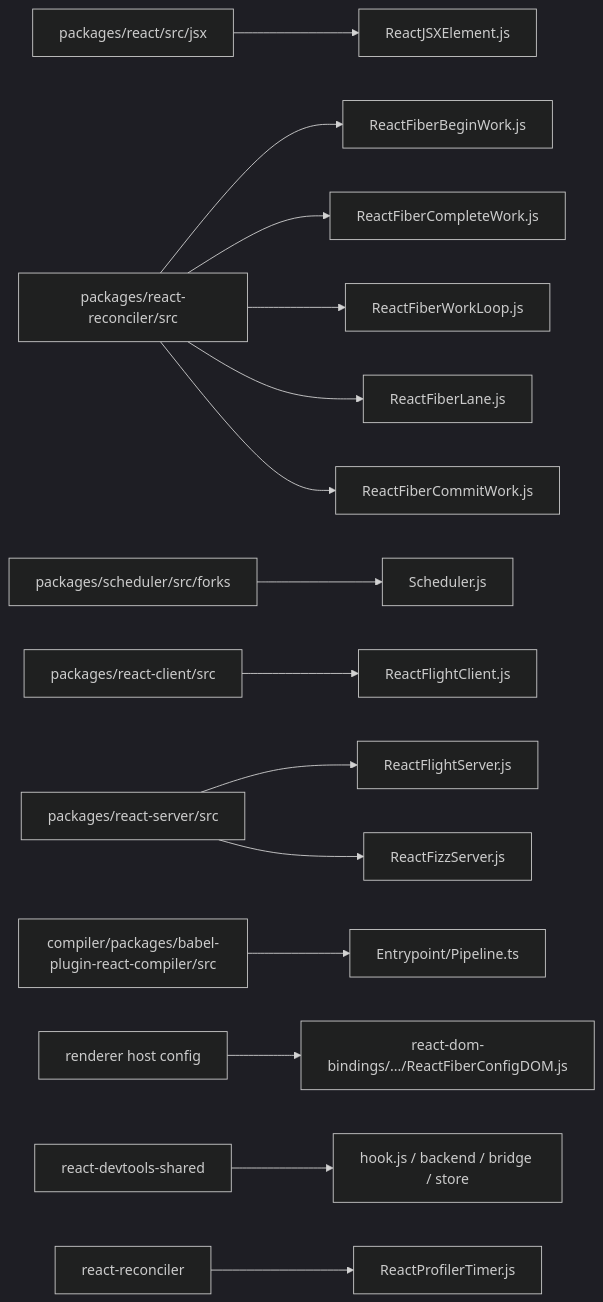
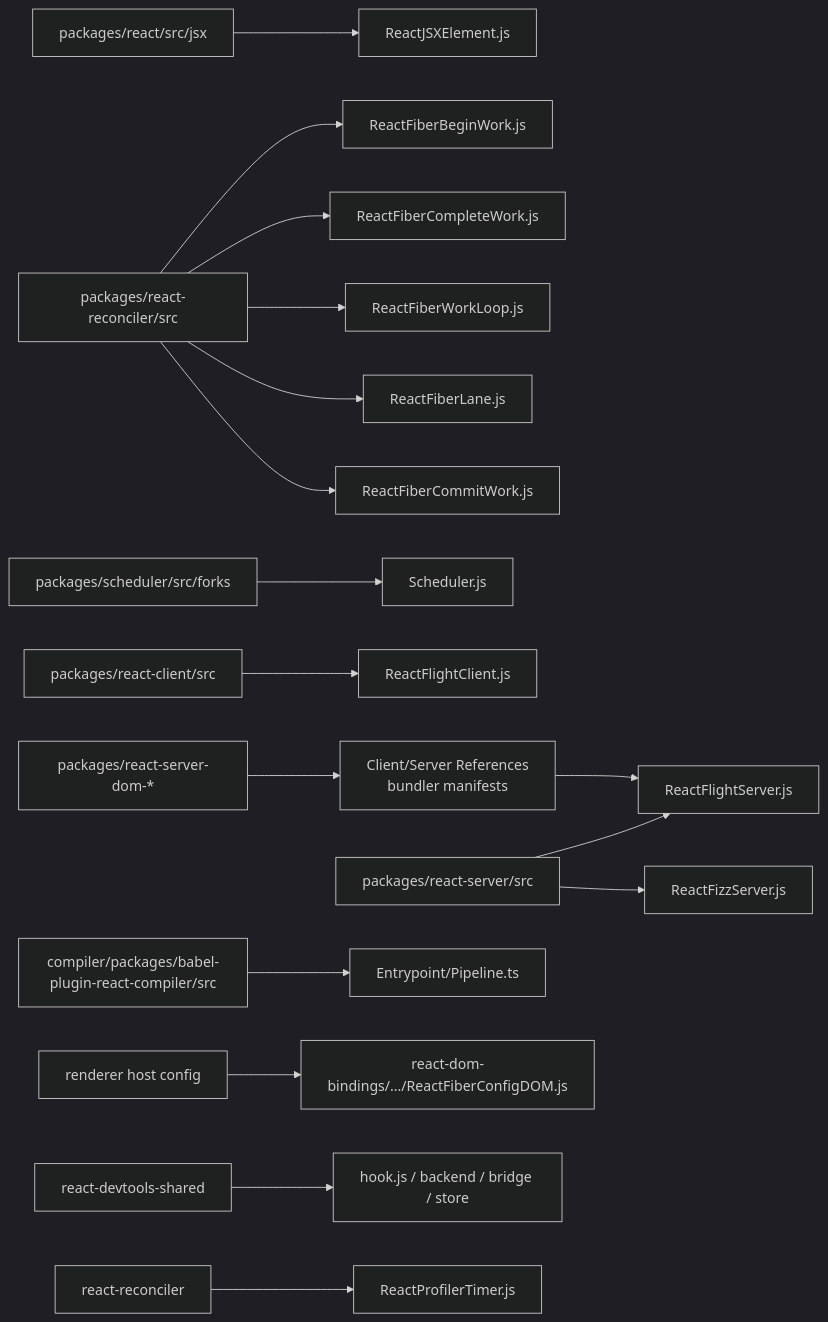
One commit to noscripter/react changed the fourth of 4 diagrams in docs/react-architecture/00-relationships.md. Above: the diagram before and after it, drawn with Mermaid (dark theme). The commit also changed other lines of this file and 5 other files, not shown here.

Commit message:
docs(arch): add React Server Components doc

````diff
--- a/docs/react-architecture/00-relationships.md
+++ b/docs/react-architecture/00-relationships.md
@@ -175,17 +176,19 @@
 ```mermaid
 flowchart LR
     JSX["packages/react/src/jsx"] --> EL["ReactJSXElement.js"]
     REC["packages/react-reconciler/src"] --> BW["ReactFiberBeginWork.js"]
     REC --> CW["ReactFiberCompleteWork.js"]
     REC --> WL["ReactFiberWorkLoop.js"]
     REC --> LN["ReactFiberLane.js"]
     REC --> CM["ReactFiberCommitWork.js"]
     SCH["packages/scheduler/src/forks"] --> SJ["Scheduler.js"]
     CLI["packages/react-client/src"] --> FC["ReactFlightClient.js"]
     SRV["packages/react-server/src"] --> FS["ReactFlightServer.js"]
     SRV --> FZ["ReactFizzServer.js"]
+    RSC["packages/react-server-dom-*"] --> REF["Client/Server References<br/>bundler manifests"]
+    REF --> FS
     CMP["compiler/packages/babel-plugin-react-compiler/src"] --> PL["Entrypoint/Pipeline.ts"]
     RDR["renderer host config"] --> DOMCFG["react-dom-bindings/.../ReactFiberConfigDOM.js"]
     DT["react-devtools-shared"] --> HK["hook.js / backend / bridge / store"]
     PROF["react-reconciler"] --> PT["ReactProfilerTimer.js"]
 ```
````
